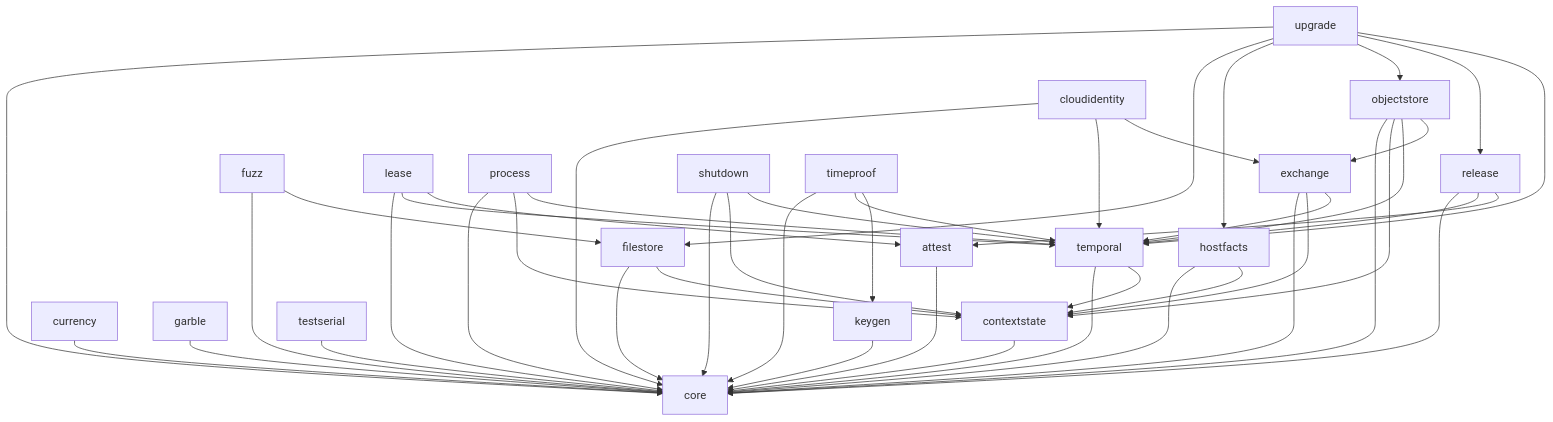
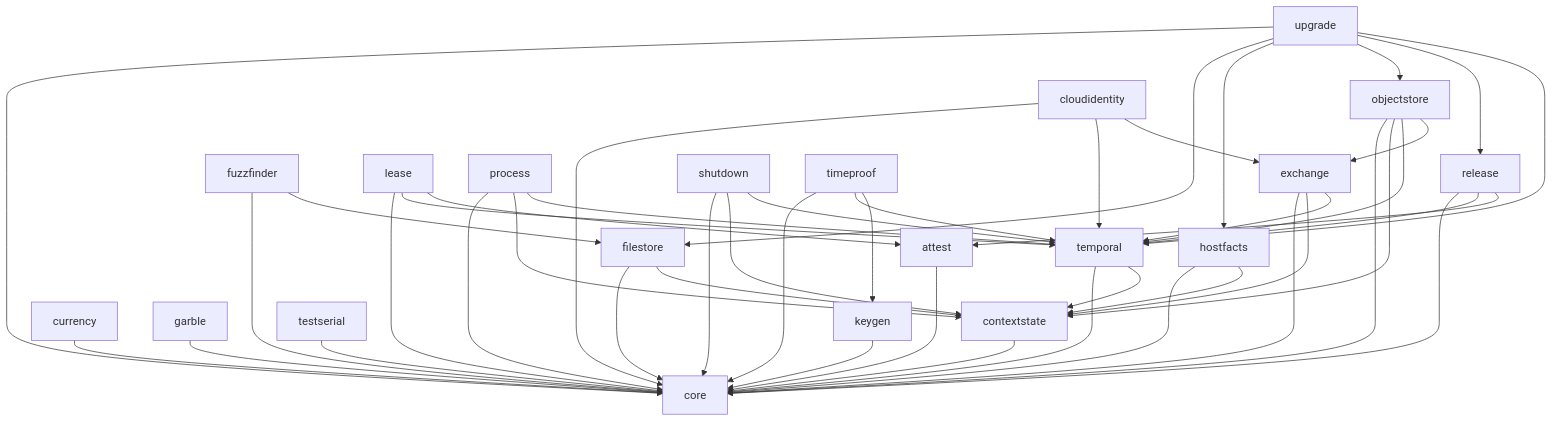
One commit to deliri/primitive changed the diagram in README.md. Above: the diagram before and after it, drawn with Mermaid. The commit also changed 24 other files, not shown here.

````diff
--- a/README.md
+++ b/README.md
@@ -26,54 +26,54 @@
 ```mermaid
 flowchart TD
     core[core]
 
     attest[attest] --> core
     contextstate[contextstate] --> core
     currency[currency] --> core
     garble[garble] --> core
     keygen[keygen] --> core
     testserial[testserial] --> core
 
     filestore[filestore] --> core
     filestore --> contextstate
     hostfacts[hostfacts] --> core
     hostfacts --> contextstate
     temporal[temporal] --> core
     temporal --> contextstate
 
     exchange[exchange] --> core
     exchange --> contextstate
     exchange --> temporal
-    fuzz[fuzz] --> core
-    fuzz --> filestore
+    fuzzfinder[fuzzfinder] --> core
+    fuzzfinder --> filestore
     lease[lease] --> core
     lease --> temporal
     lease --> attest
     process[process] --> core
     process --> contextstate
     process --> temporal
     release[release] --> core
     release --> temporal
     release --> attest
     shutdown[shutdown] --> core
     shutdown --> contextstate
     shutdown --> temporal
 
     objectstore[objectstore] --> core
     objectstore --> contextstate
     objectstore --> temporal
     objectstore --> exchange
     timeproof[timeproof] --> core
     timeproof --> temporal
     timeproof --> keygen
     cloudidentity[cloudidentity] --> core
     cloudidentity --> temporal
     cloudidentity --> exchange
 
     upgrade[upgrade] --> core
     upgrade --> filestore
     upgrade --> hostfacts
     upgrade --> objectstore
     upgrade --> release
     upgrade --> temporal
 ```
````
